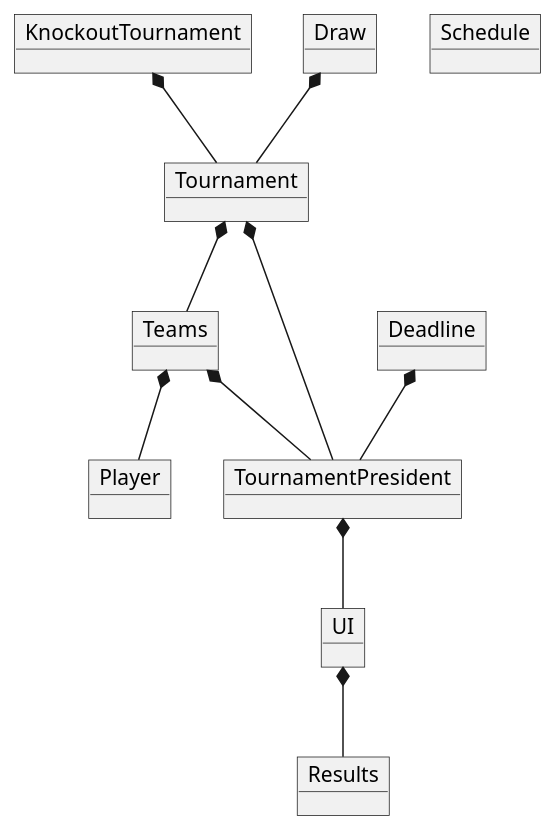
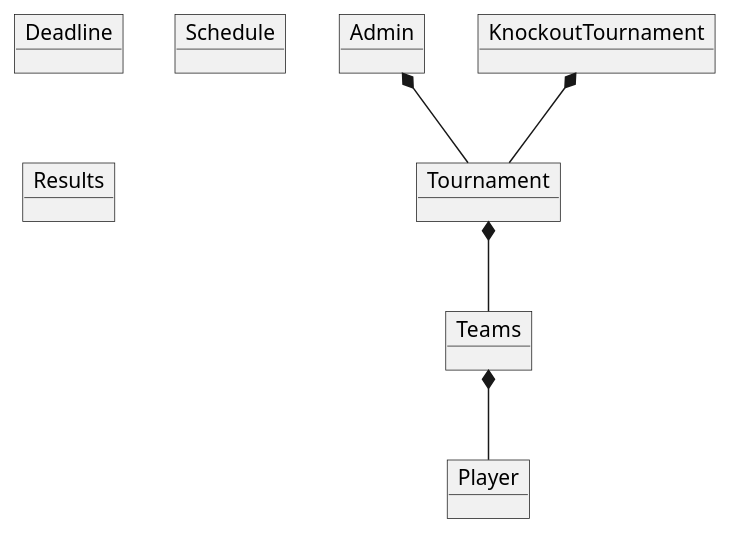
The diagram in SP3/src/UML/SP3 DomæneModel.puml (SimonLyng/SP3), drawn with PlantUML before and after one commit. The commit also changed 8 other files, not shown here.

```diff
--- a/SP3/src/UML/SP3 DomæneModel.puml
+++ b/SP3/src/UML/SP3 DomæneModel.puml
@@ -1,25 +1,20 @@
 @startuml
 'https://plantuml.com/class-diagram
 object Player
 object Teams
 object Tournament
+object Deadline
+object Admin
+object Schedule
 object Results
-object TournamentPresident
-object Deadline
 object KnockoutTournament
-object UI
-object Draw
-object Schedule
+
 
 KnockoutTournament*--Tournament
 Teams*--Player
 Tournament*--Teams
-Tournament*--TournamentPresident
-TournamentPresident*-- UI
-UI *-- Results
-Teams *-- TournamentPresident
-Deadline *-- TournamentPresident
-Draw *-- Tournament
+Admin*--Tournament
+
 
 
 @enduml
```
